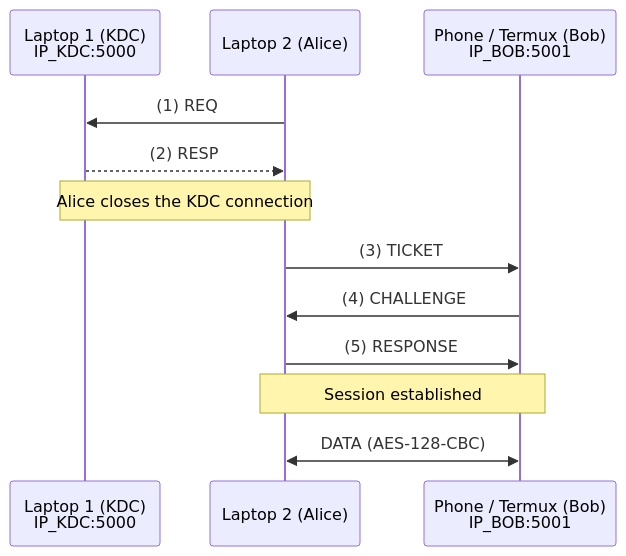
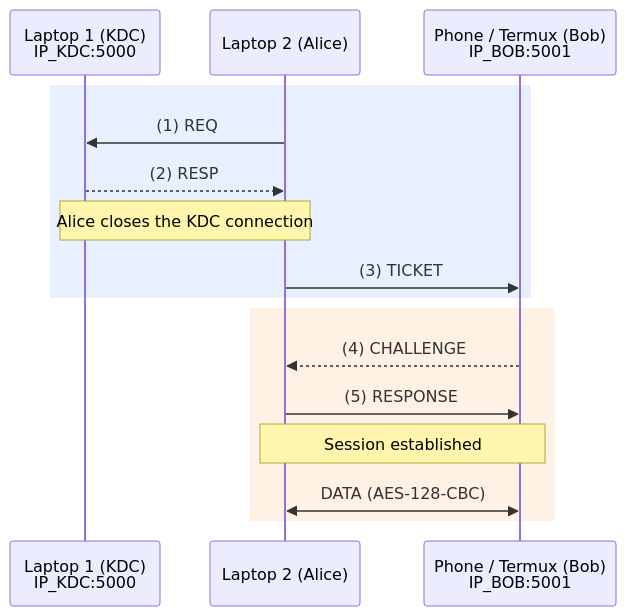
The diagram in semester-05/information-security/assignments/02-kdc-aes-manual/docs/architecture.md (betasygma/academic-archive), drawn with Mermaid before and after one commit. The commit also changed 1 other file, not shown here.

Commit message:
docs: clarify KDC protocol diagrams

````diff
--- a/semester-05/information-security/assignments/02-kdc-aes-manual/docs/architecture.md
+++ b/semester-05/information-security/assignments/02-kdc-aes-manual/docs/architecture.md
@@ -26,17 +26,20 @@
 ```mermaid
 sequenceDiagram
     participant KDC as Laptop 1 (KDC)<br/>IP_KDC:5000
     participant Alice as Laptop 2 (Alice)
     participant Bob as Phone / Termux (Bob)<br/>IP_BOB:5001
 
-    Alice->>KDC: (1) REQ
-    KDC-->>Alice: (2) RESP
-    Note over Alice,KDC: Alice closes the KDC connection
+    rect rgba(100, 150, 255, 0.15)
+        Alice->>KDC: (1) REQ
+        KDC-->>Alice: (2) RESP
+        Note over Alice,KDC: Alice closes the KDC connection
+        Alice->>Bob: (3) TICKET
+    end
 
-    Alice->>Bob: (3) TICKET
-    Bob->>Alice: (4) CHALLENGE
-    Alice->>Bob: (5) RESPONSE
-
-    Note over Alice,Bob: Session established
-    Alice<<->>Bob: DATA (AES-128-CBC)
+    rect rgba(255, 170, 80, 0.15)
+        Bob-->>Alice: (4) CHALLENGE
+        Alice->>Bob: (5) RESPONSE
+        Note over Alice,Bob: Session established
+        Alice<<->>Bob: DATA (AES-128-CBC)
+    end
 ```
````
